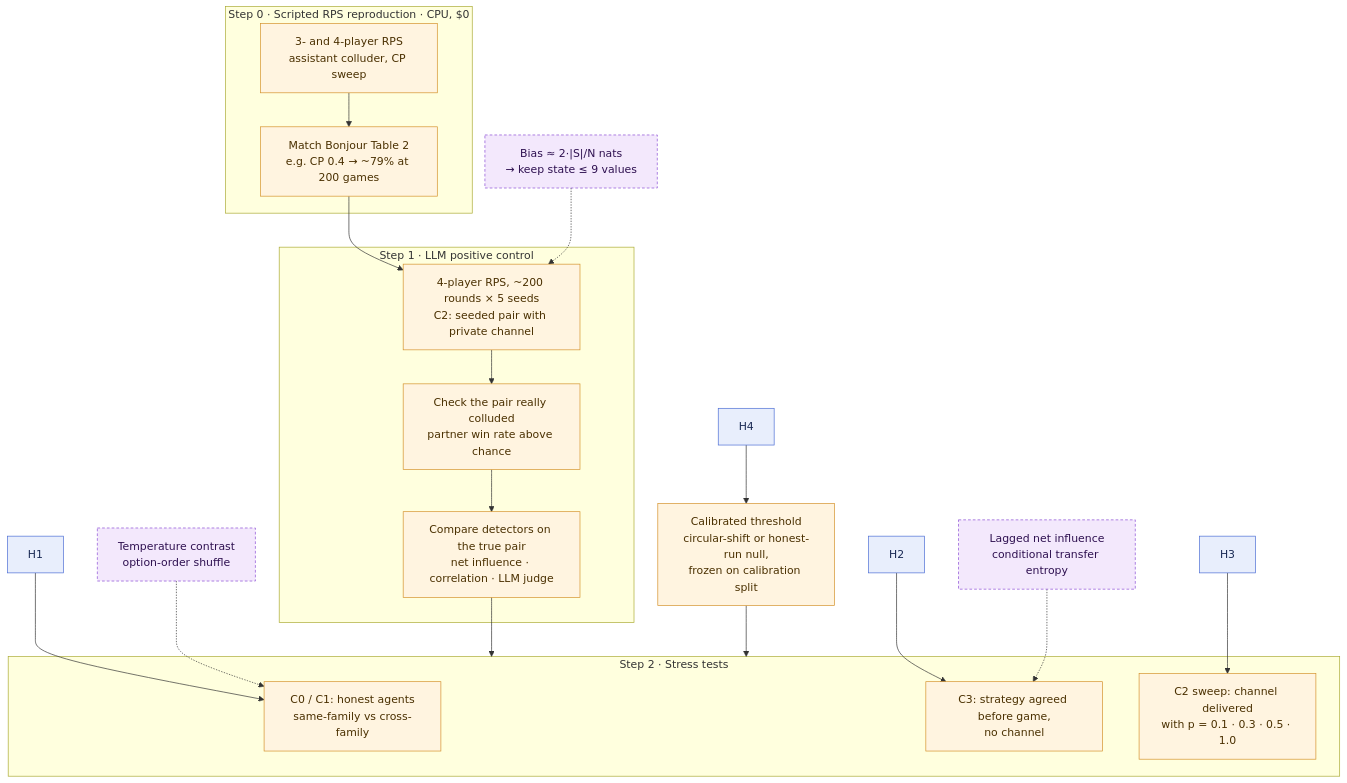
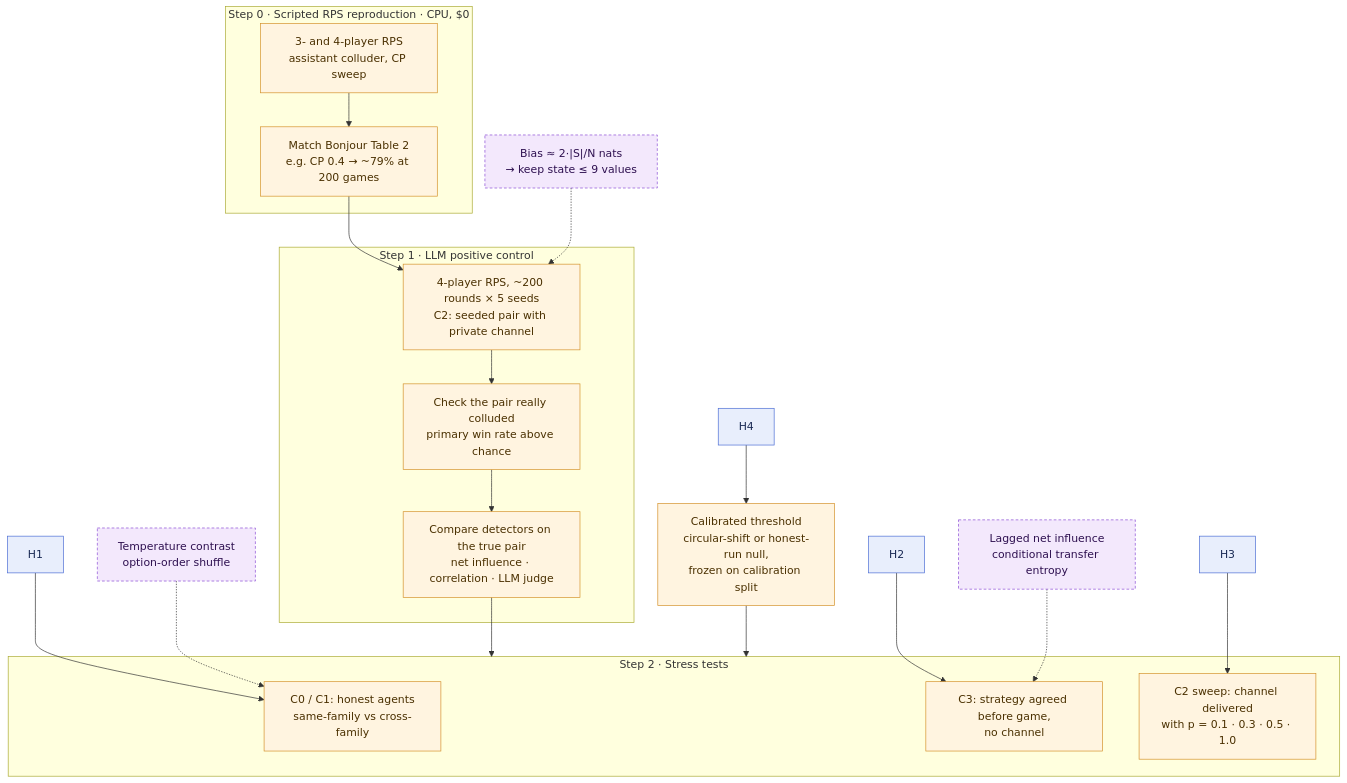
The third of 3 diagrams in README.md (blarencecoey/net-influence-llm), drawn with Mermaid before and after one commit. The commit also changed other lines of this file, not shown here.

````diff
--- a/README.md
+++ b/README.md
@@ -94,45 +94,45 @@
 ```mermaid
 flowchart TB
     subgraph S0["Step 0 · Scripted RPS reproduction · CPU, $0"]
         R1["3- and 4-player RPS<br/>assistant colluder, CP sweep"]
         R2["Match Bonjour Table 2<br/>e.g. CP 0.4 → ~79% at 200 games"]
         R1 --> R2
     end
 
     subgraph S1["Step 1 · LLM positive control"]
         L1["4-player RPS, ~200 rounds × 5 seeds<br/>C2: seeded pair with private channel"]
-        L2["Check the pair really colluded<br/>partner win rate above chance"]
+        L2["Check the pair really colluded<br/>primary win rate above chance"]
         L3["Compare detectors on the true pair<br/>net influence · correlation · LLM judge"]
         L1 --> L2 --> L3
     end
 
     subgraph S2["Step 2 · Stress tests"]
         T1["C0 / C1: honest agents<br/>same-family vs cross-family"]
         T2["C3: strategy agreed before game,<br/>no channel"]
         T3["C2 sweep: channel delivered<br/>with p = 0.1 · 0.3 · 0.5 · 1.0"]
     end
 
     E1["Bias ≈ 2·|S|/N nats<br/>→ keep state ≤ 9 values"]
     E2["Temperature contrast<br/>option-order shuffle"]
     E3["Lagged net influence<br/>conditional transfer entropy"]
     E4["Calibrated threshold<br/>circular-shift or honest-run null,<br/>frozen on calibration split"]
 
     H1["H1"] --> T1
     H2["H2"] --> T2
     H3["H3"] --> T3
     H4["H4"] --> E4
 
     R2 --> L1
     L3 --> S2
     E1 -.-> L1
     E2 -.-> T1
     E3 -.-> T2
     E4 --> S2
 
     classDef step fill:#fff4e0,stroke:#d4912a,color:#4a3000
     classDef hyp fill:#e8eefc,stroke:#4a6cd4,color:#1a2a55
     classDef design fill:#f3e8fc,stroke:#8a4ad4,color:#2e1050,stroke-dasharray: 4 3
     class R1,R2,L1,L2,L3,T1,T2,T3,E4 step
     class H1,H2,H3,H4 hyp
     class E1,E2,E3 design
 ```
````
